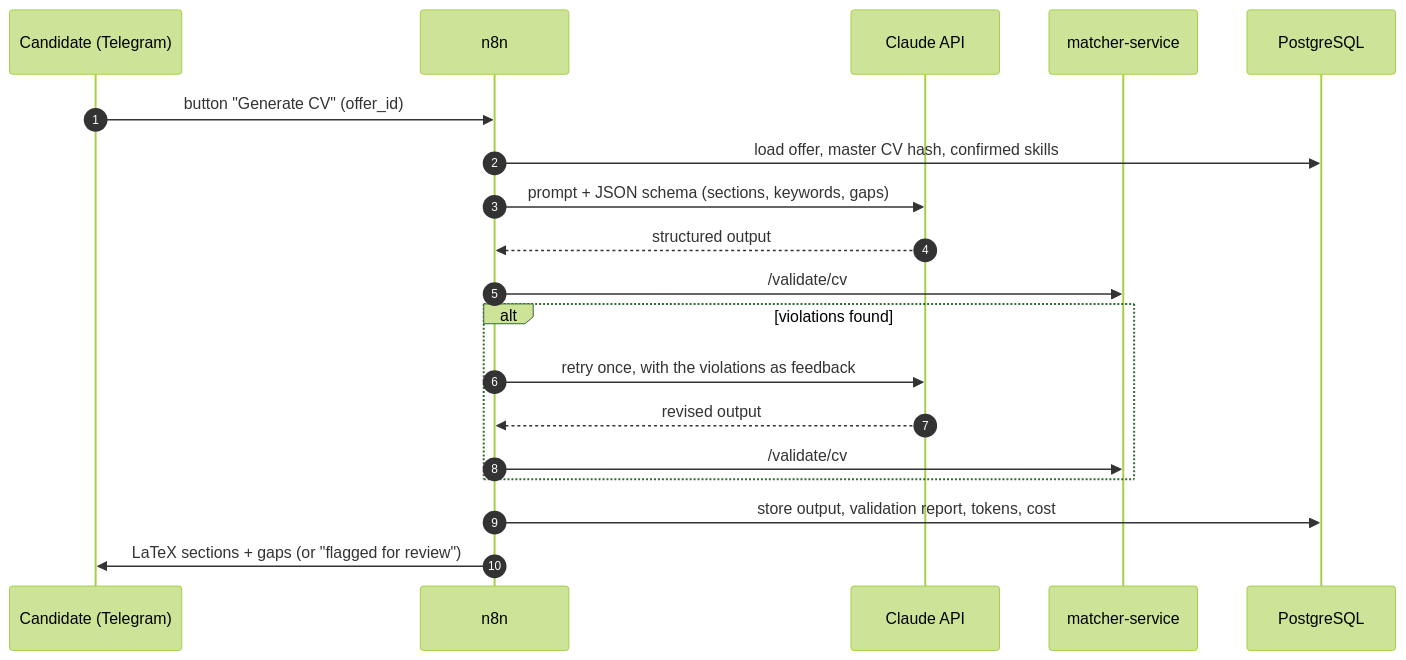
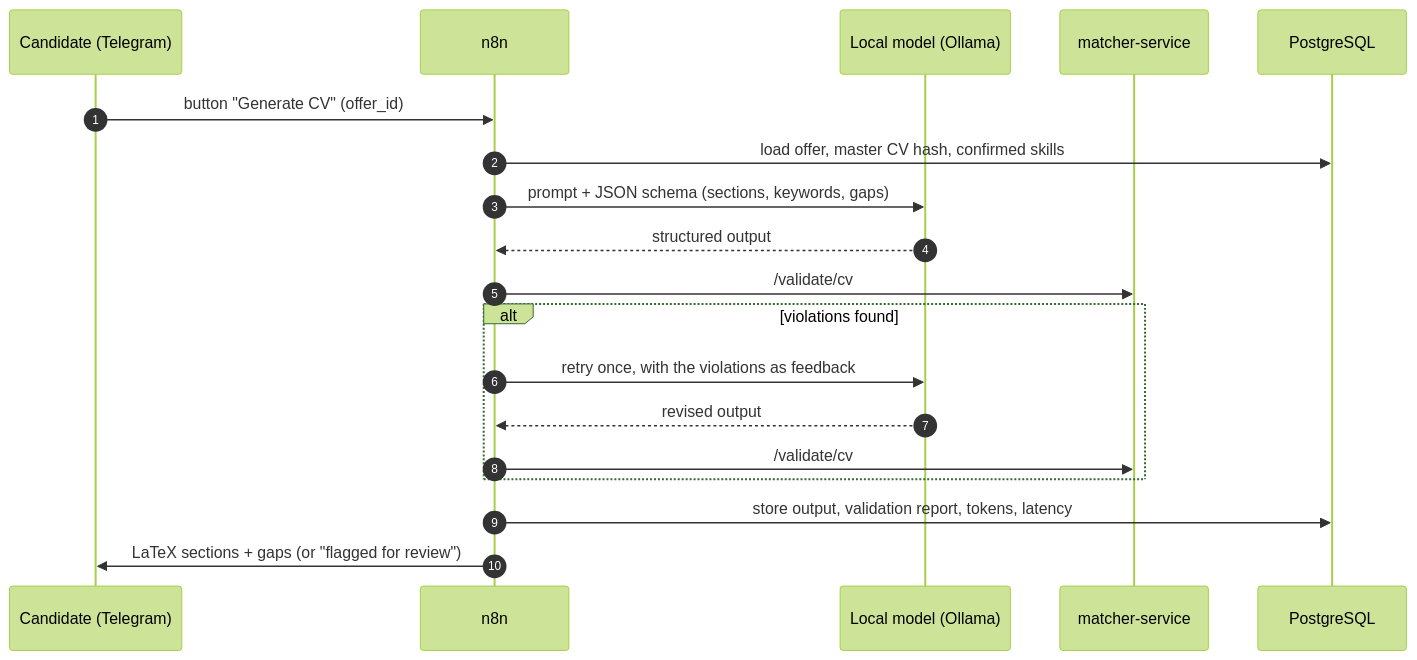
Before and after one commit to iramosv2000/n8n-job-matching-agent: the second of 2 diagrams in docs/architecture.md, drawn with Mermaid (forest theme). The commit also changed other lines of this file and 8 other files, not shown here.

````diff
--- a/docs/architecture.md
+++ b/docs/architecture.md
@@ -95,22 +97,22 @@
 ```mermaid
 sequenceDiagram
     autonumber
     participant U as Candidate (Telegram)
     participant N as n8n
-    participant L as Claude API
+    participant L as Local model (Ollama)
     participant M as matcher-service
     participant D as PostgreSQL
 
     U->>N: button "Generate CV" (offer_id)
     N->>D: load offer, master CV hash, confirmed skills
     N->>L: prompt + JSON schema (sections, keywords, gaps)
     L-->>N: structured output
     N->>M: /validate/cv
     alt violations found
         N->>L: retry once, with the violations as feedback
         L-->>N: revised output
         N->>M: /validate/cv
     end
-    N->>D: store output, validation report, tokens, cost
+    N->>D: store output, validation report, tokens, latency
     N->>U: LaTeX sections + gaps (or "flagged for review")
 ```
````
